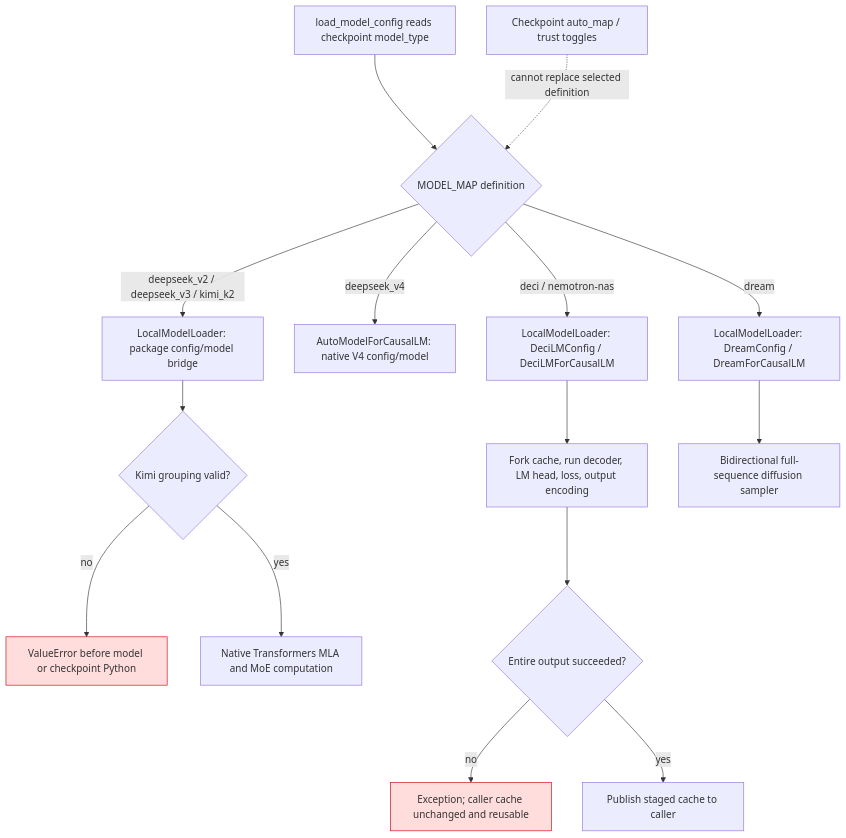
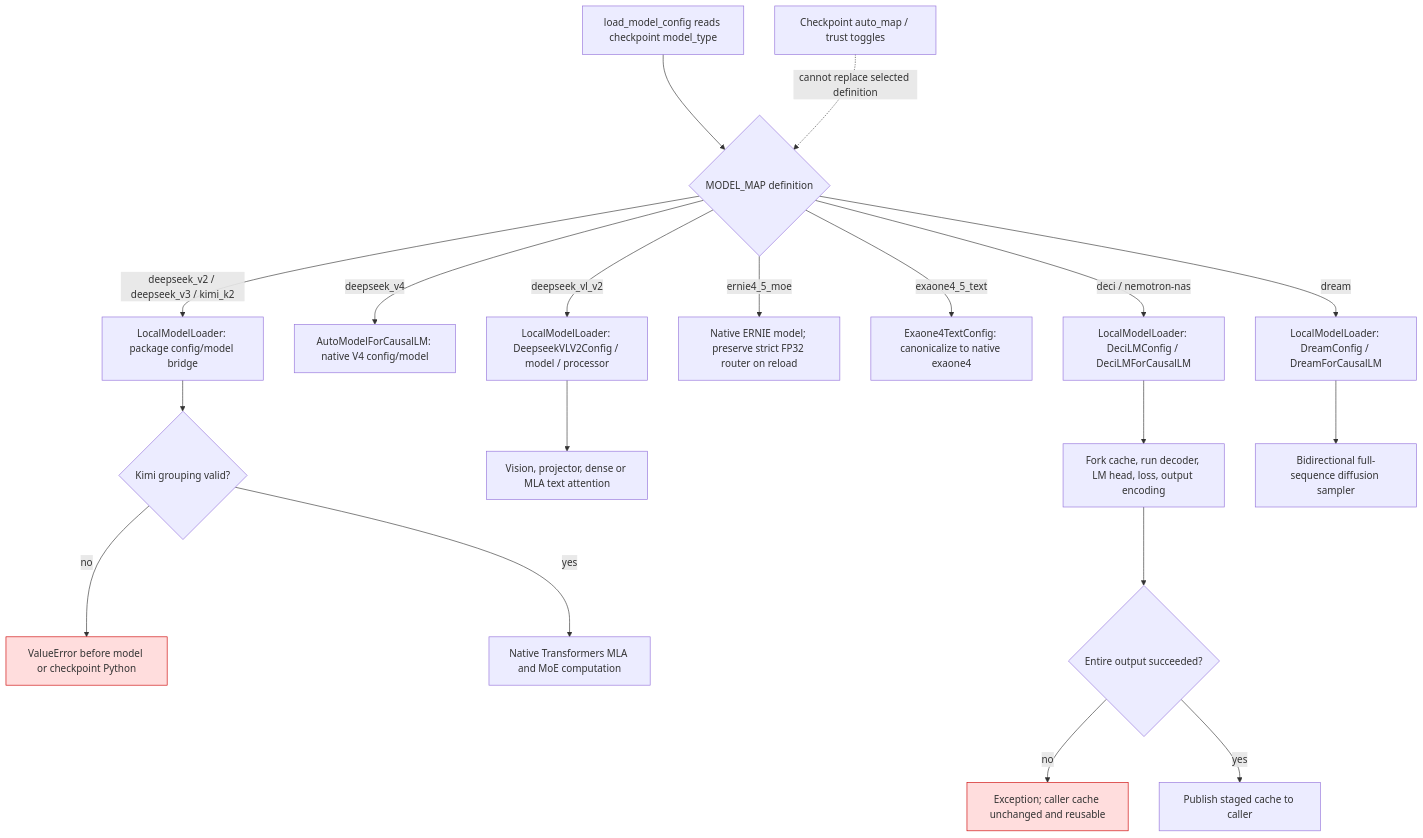
One commit to ModelCloud/GPTQModel changed the third of 4 diagrams in docs/transformers5-model-ports.md. Above: the diagram before and after it, drawn with Mermaid. The commit also changed other lines of this file and 9 other files, not shown here.

Commit message:
Qualify DeepSeek-VL2, ERNIE and EXAONE integration

````diff
--- a/docs/transformers5-model-ports.md
+++ b/docs/transformers5-model-ports.md
@@ -117,19 +126,23 @@
 ```mermaid
 flowchart TD
     A["load_model_config reads checkpoint model_type"] --> B{"MODEL_MAP definition"}
     B -->|"deepseek_v2 / deepseek_v3 / kimi_k2"| C["LocalModelLoader: package config/model bridge"]
     C --> D{"Kimi grouping valid?"}
     D -->|no| X["ValueError before model or checkpoint Python"]
     D -->|yes| E["Native Transformers MLA and MoE computation"]
     B -->|"deepseek_v4"| F["AutoModelForCausalLM: native V4 config/model"]
+    B -->|"deepseek_vl_v2"| V["LocalModelLoader: DeepseekVLV2Config / model / processor"]
+    V --> V2["Vision, projector, dense or MLA text attention"]
+    B -->|"ernie4_5_moe"| R["Native ERNIE model; preserve strict FP32 router on reload"]
+    B -->|"exaone4_5_text"| N["Exaone4TextConfig: canonicalize to native exaone4"]
     B -->|"deci / nemotron-nas"| G["LocalModelLoader: DeciLMConfig / DeciLMForCausalLM"]
     G --> H["Fork cache, run decoder, LM head, loss, output encoding"]
     H --> I{"Entire output succeeded?"}
     I -->|no| Y["Exception; caller cache unchanged and reusable"]
     I -->|yes| J["Publish staged cache to caller"]
     B -->|dream| K["LocalModelLoader: DreamConfig / DreamForCausalLM"]
     K --> L["Bidirectional full-sequence diffusion sampler"]
     M["Checkpoint auto_map / trust toggles"] -. cannot replace selected definition .-> B
     classDef failure fill:#ffdddd,stroke:#cc0000
     class X,Y failure
 ```
````
